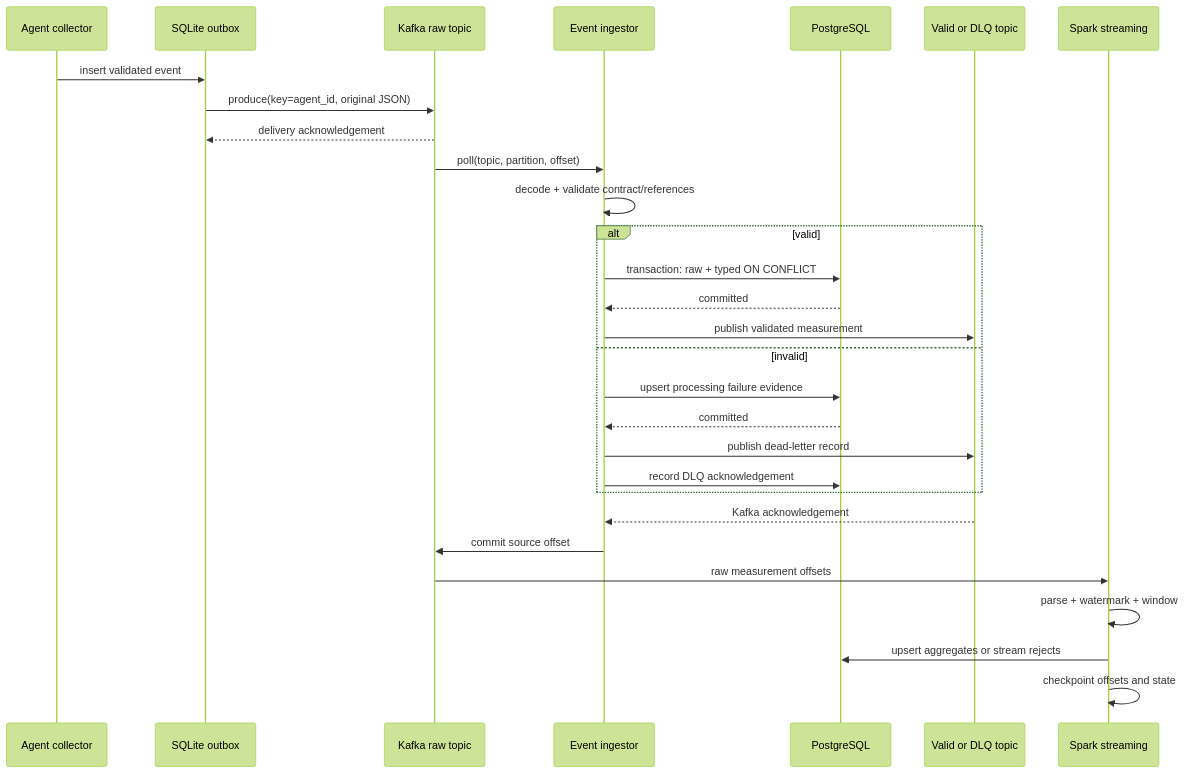
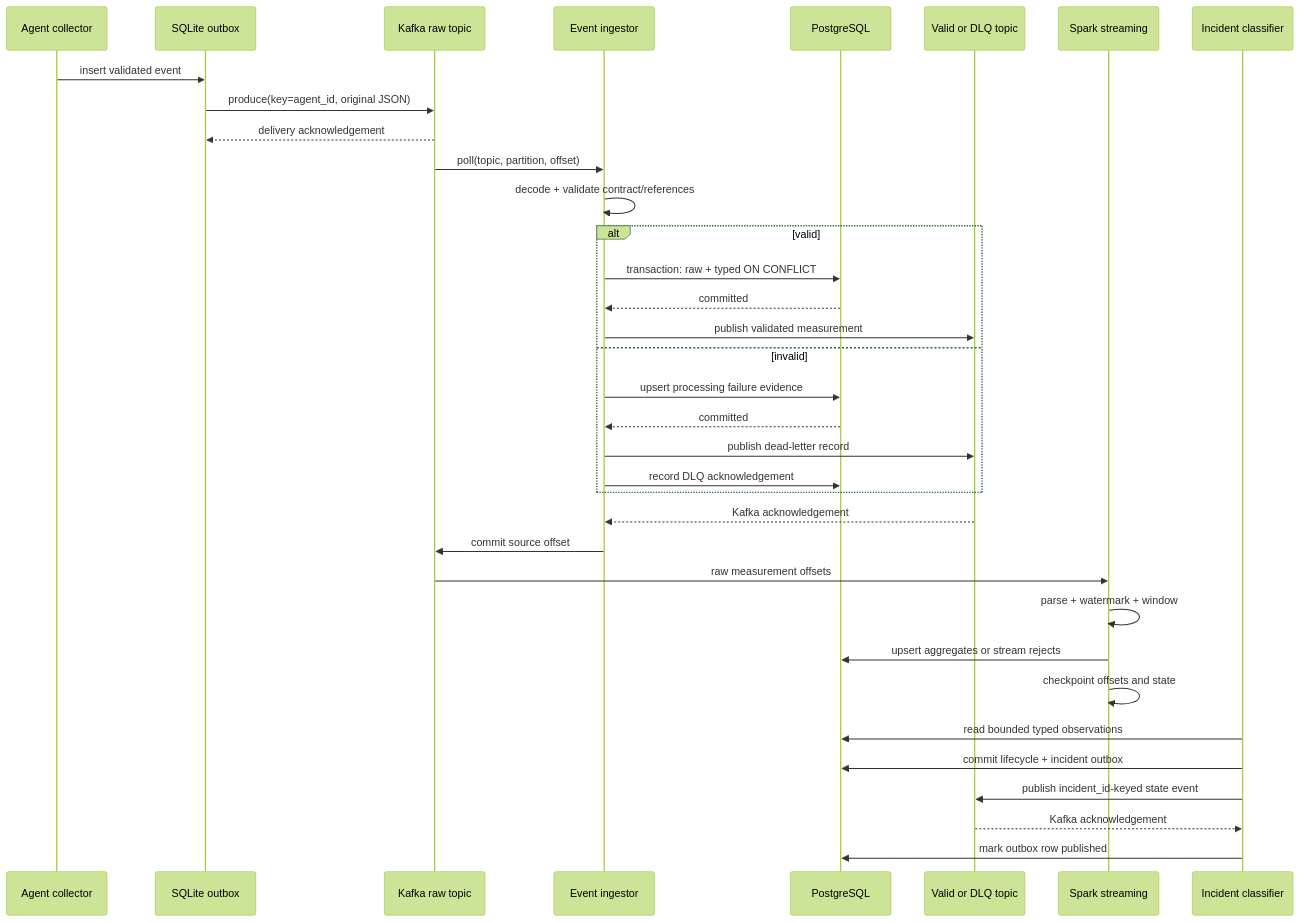
One commit to Jerry-Padilla/local-network-kafka-monitoring changed the first of 2 diagrams in docs/architecture.md. Above: the diagram before and after it, drawn with Mermaid (forest theme). The commit also changed other lines of this file and 44 other files, not shown here.

````diff
--- a/docs/architecture.md
+++ b/docs/architecture.md
@@ -21,32 +24,38 @@
 ```mermaid
 sequenceDiagram
     participant A as Agent collector
     participant Q as SQLite outbox
     participant K as Kafka raw topic
     participant I as Event ingestor
     participant P as PostgreSQL
     participant O as Valid or DLQ topic
     participant S as Spark streaming
+    participant X as Incident classifier
 
     A->>Q: insert validated event
     Q->>K: produce(key=agent_id, original JSON)
     K-->>Q: delivery acknowledgement
     K->>I: poll(topic, partition, offset)
     I->>I: decode + validate contract/references
     alt valid
         I->>P: transaction: raw + typed ON CONFLICT
         P-->>I: committed
         I->>O: publish validated measurement
     else invalid
         I->>P: upsert processing failure evidence
         P-->>I: committed
         I->>O: publish dead-letter record
         I->>P: record DLQ acknowledgement
     end
     O-->>I: Kafka acknowledgement
     I->>K: commit source offset
     K->>S: raw measurement offsets
     S->>S: parse + watermark + window
     S->>P: upsert aggregates or stream rejects
     S->>S: checkpoint offsets and state
+    X->>P: read bounded typed observations
+    X->>P: commit lifecycle + incident outbox
+    X->>O: publish incident_id-keyed state event
+    O-->>X: Kafka acknowledgement
+    X->>P: mark outbox row published
 ```
````
